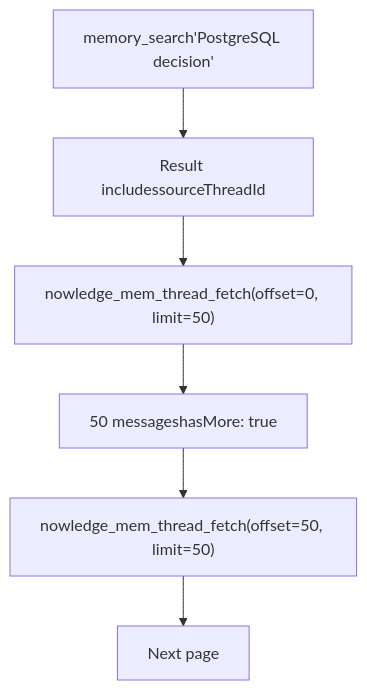
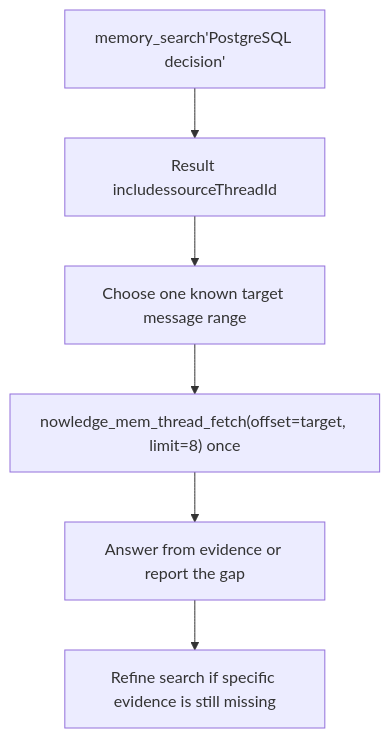
The third of 5 diagrams in nowledge-mem-openclaw-plugin/README.md (nowledge-co/community), drawn with Mermaid before and after one commit. The commit also changed 3 other files, not shown here.

````diff
--- a/nowledge-mem-openclaw-plugin/README.md
+++ b/nowledge-mem-openclaw-plugin/README.md
@@ -237,8 +237,8 @@
 ```mermaid
 flowchart TD
     A["memory_search'PostgreSQL decision'"] --> B["Result includessourceThreadId"]
-    B --> C["nowledge_mem_thread_fetch(offset=0, limit=50)"]
-    C --> D["50 messageshasMore: true"]
-    D --> E["nowledge_mem_thread_fetch(offset=50, limit=50)"]
-    E --> F["Next page"]
+    B --> C["Choose one known target message range"]
+    C --> D["nowledge_mem_thread_fetch(offset=target, limit=8) once"]
+    D --> E["Answer from evidence or report the gap"]
+    E --> F["Refine search if specific evidence is still missing"]
 ```
````
